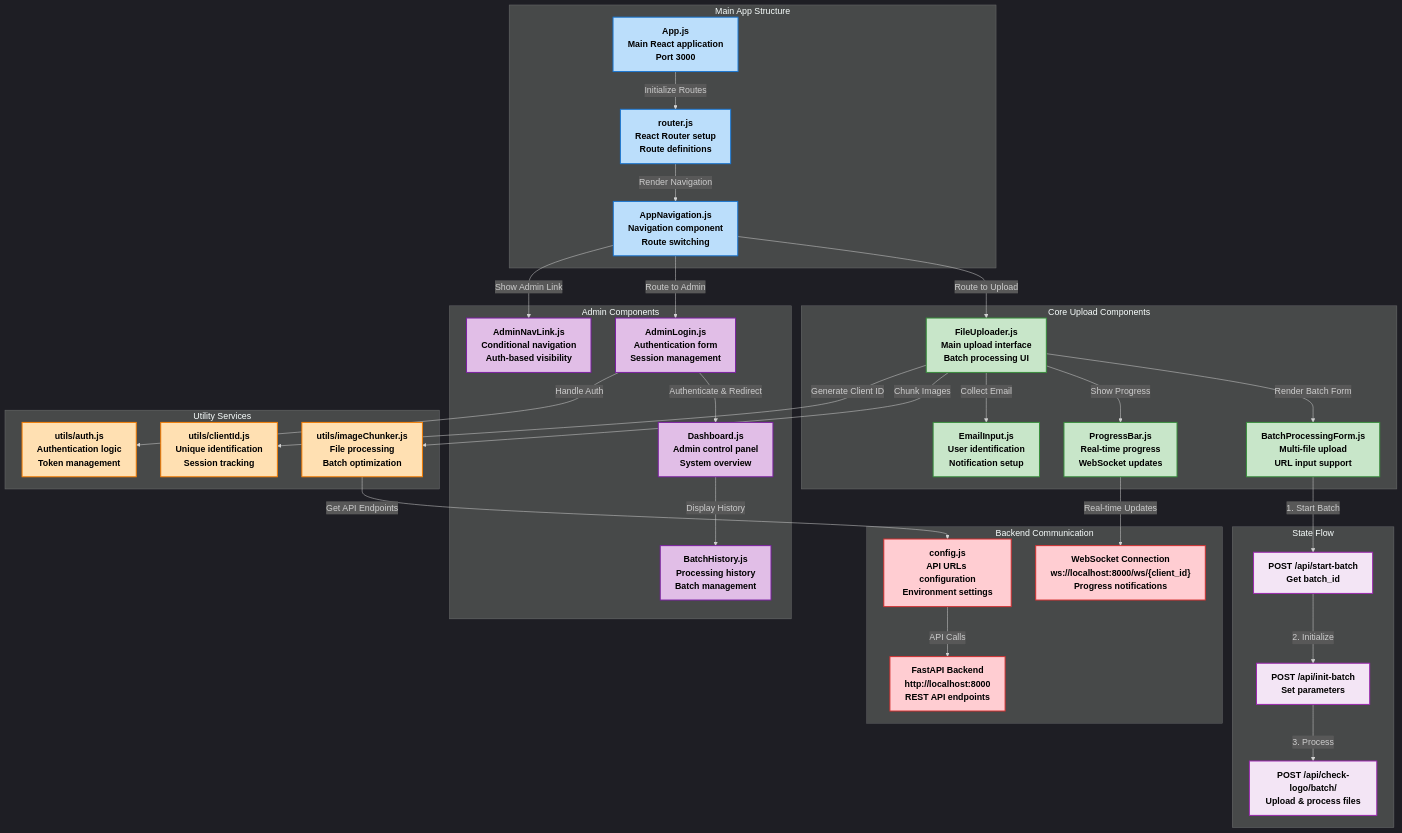
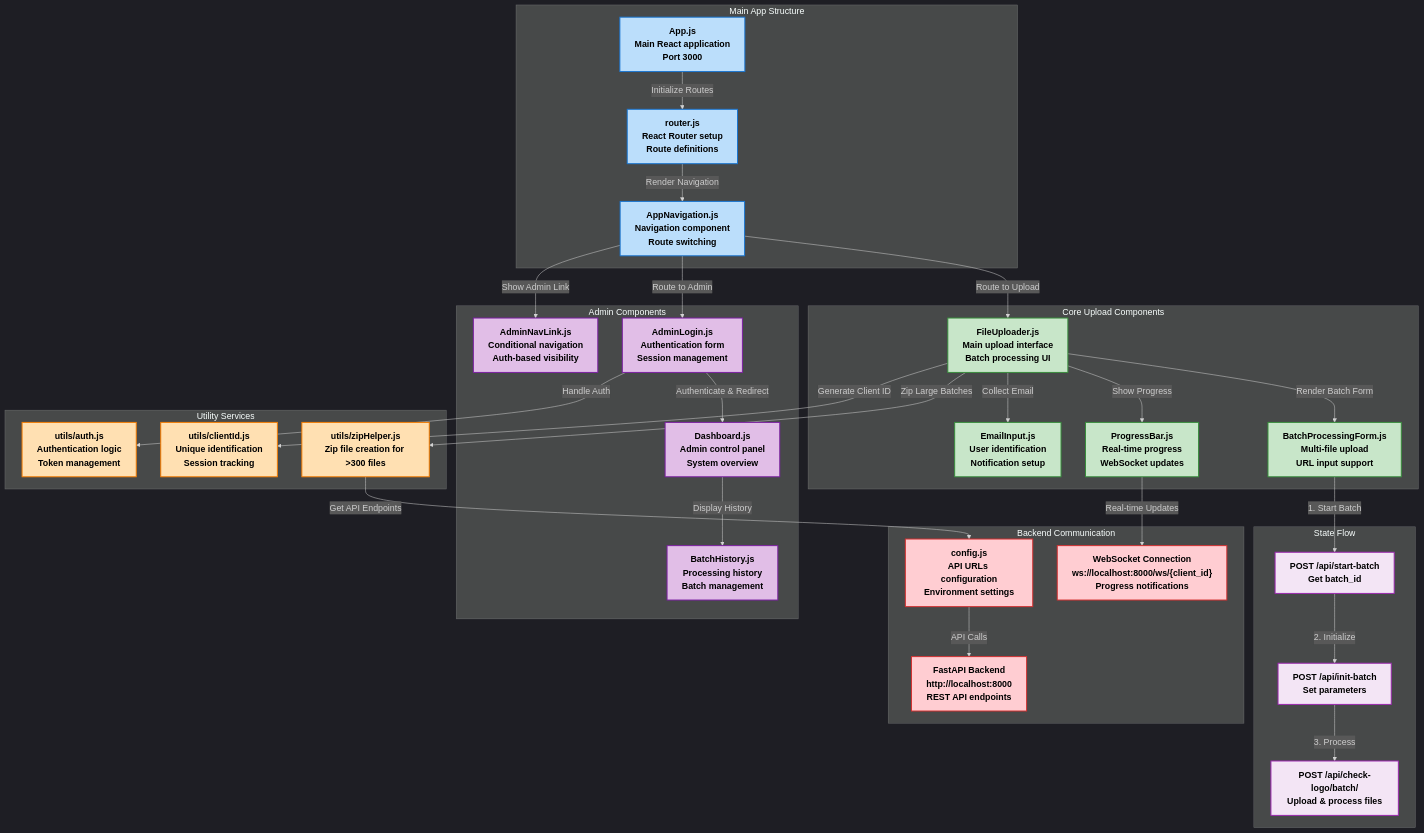
Before and after one commit to Dhruv0306/SymphonyProject1: the diagram in docs/images/State Management.mmd, drawn with Mermaid. The commit also changed 35 other files, not shown here.

First line of the commit message:
docs: update and expand documentation, diagrams, and environment setup

```diff
--- a/docs/images/State Management.mmd
+++ b/docs/images/State Management.mmd
@@ -1,58 +1,58 @@
 %%{init: {'theme': 'dark', 'themeVariables': { 'fontFamily': 'arial', 'fontSize': '18px', 'fontWeight': 'bold'}}}%%
 graph TD
     subgraph "Main App Structure"
         style A fill:#bbdefb,stroke:#1976d2,stroke-width:2px,color:#000000,font-weight:bold
         style B fill:#bbdefb,stroke:#1976d2,stroke-width:2px,color:#000000,font-weight:bold
         style C fill:#bbdefb,stroke:#1976d2,stroke-width:2px,color:#000000,font-weight:bold
         A["App.js<br/>Main React application<br/>Port 3000"] -->|"Initialize Routes"| B["router.js<br/>React Router setup<br/>Route definitions"]
         B -->|"Render Navigation"| C["AppNavigation.js<br/>Navigation component<br/>Route switching"]
     end
 
     subgraph "Core Upload Components"
         style D1 fill:#c8e6c9,stroke:#388e3c,stroke-width:2px,color:#000000,font-weight:bold
         style D2 fill:#c8e6c9,stroke:#388e3c,stroke-width:2px,color:#000000,font-weight:bold
         style D3 fill:#c8e6c9,stroke:#388e3c,stroke-width:2px,color:#000000,font-weight:bold
         style D4 fill:#c8e6c9,stroke:#388e3c,stroke-width:2px,color:#000000,font-weight:bold
         C -->|"Route to Upload"| D1["FileUploader.js<br/>Main upload interface<br/>Batch processing UI"]
         D1 -->|"Render Batch Form"| D2["BatchProcessingForm.js<br/>Multi-file upload<br/>URL input support"]
         D1 -->|"Show Progress"| D3["ProgressBar.js<br/>Real-time progress<br/>WebSocket updates"]
         D1 -->|"Collect Email"| D4["EmailInput.js<br/>User identification<br/>Notification setup"]
     end
 
     subgraph "Admin Components"
         style E1 fill:#e1bee7,stroke:#7b1fa2,stroke-width:2px,color:#000000,font-weight:bold
         style E2 fill:#e1bee7,stroke:#7b1fa2,stroke-width:2px,color:#000000,font-weight:bold
         style E3 fill:#e1bee7,stroke:#7b1fa2,stroke-width:2px,color:#000000,font-weight:bold
         style E4 fill:#e1bee7,stroke:#7b1fa2,stroke-width:2px,color:#000000,font-weight:bold
         C -->|"Route to Admin"| E1["AdminLogin.js<br/>Authentication form<br/>Session management"]
         E1 -->|"Authenticate & Redirect"| E2["Dashboard.js<br/>Admin control panel<br/>System overview"]
         E2 -->|"Display History"| E3["BatchHistory.js<br/>Processing history<br/>Batch management"]
         C -->|"Show Admin Link"| E4["AdminNavLink.js<br/>Conditional navigation<br/>Auth-based visibility"]
     end
 
     subgraph "Utility Services"
         style F1 fill:#ffe0b2,stroke:#f57c00,stroke-width:2px,color:#000000,font-weight:bold
         style F2 fill:#ffe0b2,stroke:#f57c00,stroke-width:2px,color:#000000,font-weight:bold
         style F3 fill:#ffe0b2,stroke:#f57c00,stroke-width:2px,color:#000000,font-weight:bold
-        D1 -->|"Chunk Images"| F1["utils/imageChunker.js<br/>File processing<br/>Batch optimization"]
+        D1 -->|"Zip Large Batches"| F1["utils/zipHelper.js<br/>Zip file creation for >300 files"]
         D1 -->|"Generate Client ID"| F2["utils/clientId.js<br/>Unique identification<br/>Session tracking"]
         E1 -->|"Handle Auth"| F3["utils/auth.js<br/>Authentication logic<br/>Token management"]
     end
 
     subgraph "Backend Communication"
         style G1 fill:#ffcdd2,stroke:#d32f2f,stroke-width:2px,color:#000000,font-weight:bold
         style G2 fill:#ffcdd2,stroke:#d32f2f,stroke-width:2px,color:#000000,font-weight:bold
         style G3 fill:#ffcdd2,stroke:#d32f2f,stroke-width:2px,color:#000000,font-weight:bold
         F1 -->|"Get API Endpoints"| G1["config.js<br/>API URLs configuration<br/>Environment settings"]
         D3 -->|"Real-time Updates"| G2["WebSocket Connection<br/>ws://localhost:8000/ws/{client_id}<br/>Progress notifications"]
         G1 -->|"API Calls"| G3["FastAPI Backend<br/>http://localhost:8000<br/>REST API endpoints"]
     end
 
     subgraph "State Flow"
         style H1 fill:#f3e5f5,stroke:#9c27b0,stroke-width:2px,color:#000000,font-weight:bold
         style H2 fill:#f3e5f5,stroke:#9c27b0,stroke-width:2px,color:#000000,font-weight:bold
         style H3 fill:#f3e5f5,stroke:#9c27b0,stroke-width:2px,color:#000000,font-weight:bold
         D2 -->|"1. Start Batch"| H1["POST /api/start-batch<br/>Get batch_id"]
         H1 -->|"2. Initialize"| H2["POST /api/init-batch<br/>Set parameters"]
         H2 -->|"3. Process"| H3["POST /api/check-logo/batch/<br/>Upload & process files"]
     end
```
